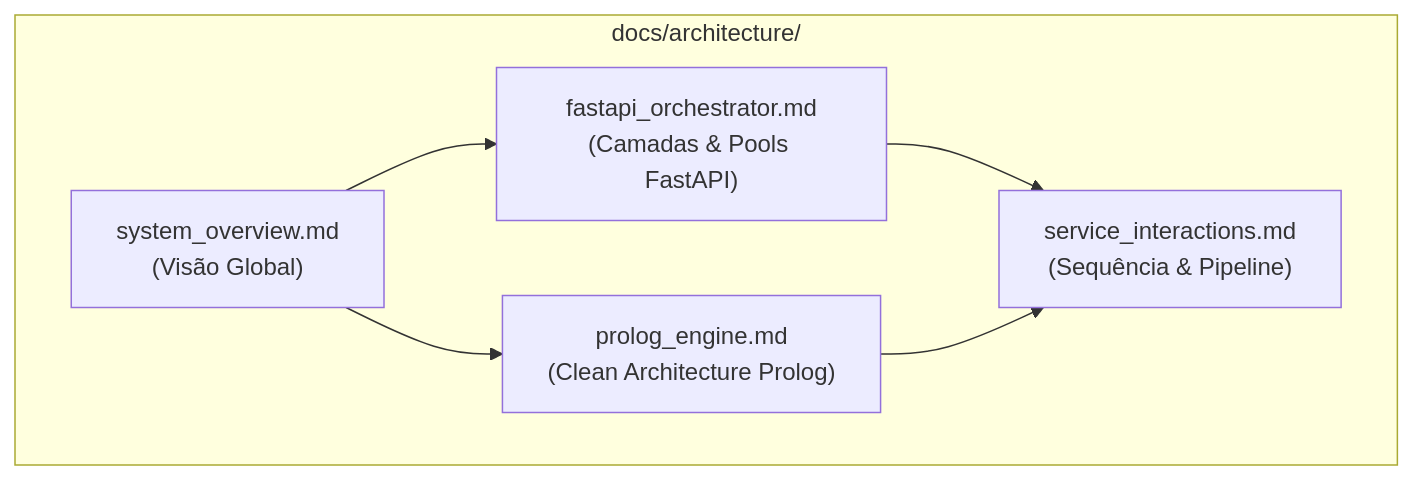
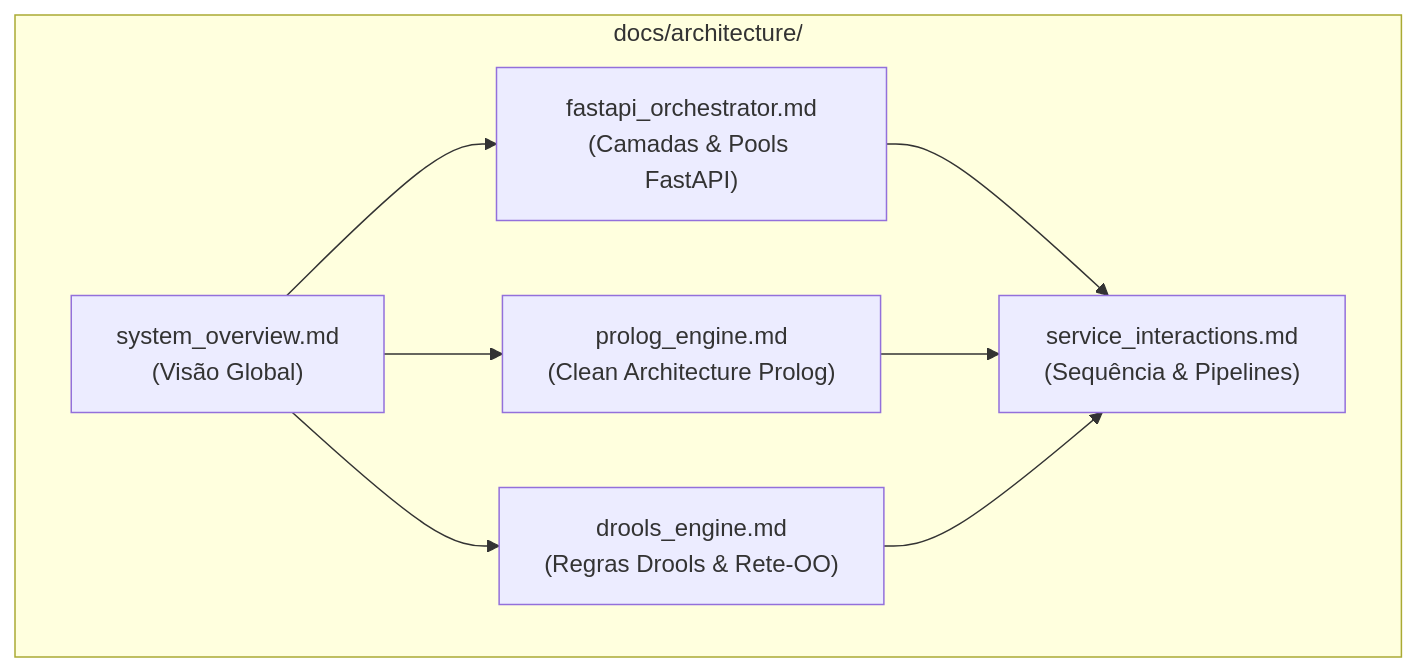
One commit to Santiago-1211173/meia-equipa3-challenge1-26_27 changed the diagram in docs/architecture/README.md. Above: the diagram before and after it, drawn with Mermaid. The commit also changed other lines of this file and 23 other files, not shown here.

Commit message:
docs: add comprehensive documentation for architecture, API, deployment, and development guides

````diff
--- a/docs/architecture/README.md
+++ b/docs/architecture/README.md
@@ -27,14 +28,17 @@
 ```mermaid
 graph TD
     subgraph DocsArch ["docs/architecture/"]
         OVERVIEW["system_overview.md<br/>(Visão Global)"]
         PROLOG_DOC["prolog_engine.md<br/>(Clean Architecture Prolog)"]
+        DROOLS_DOC["drools_engine.md<br/>(Regras Drools & Rete-OO)"]
         FASTAPI_DOC["fastapi_orchestrator.md<br/>(Camadas & Pools FastAPI)"]
-        FLOW_DOC["service_interactions.md<br/>(Sequência & Pipeline)"]
+        FLOW_DOC["service_interactions.md<br/>(Sequência & Pipelines)"]
     end
 
     OVERVIEW --> PROLOG_DOC
+    OVERVIEW --> DROOLS_DOC
     OVERVIEW --> FASTAPI_DOC
     FASTAPI_DOC --> FLOW_DOC
     PROLOG_DOC --> FLOW_DOC
+    DROOLS_DOC --> FLOW_DOC
 ```
````
